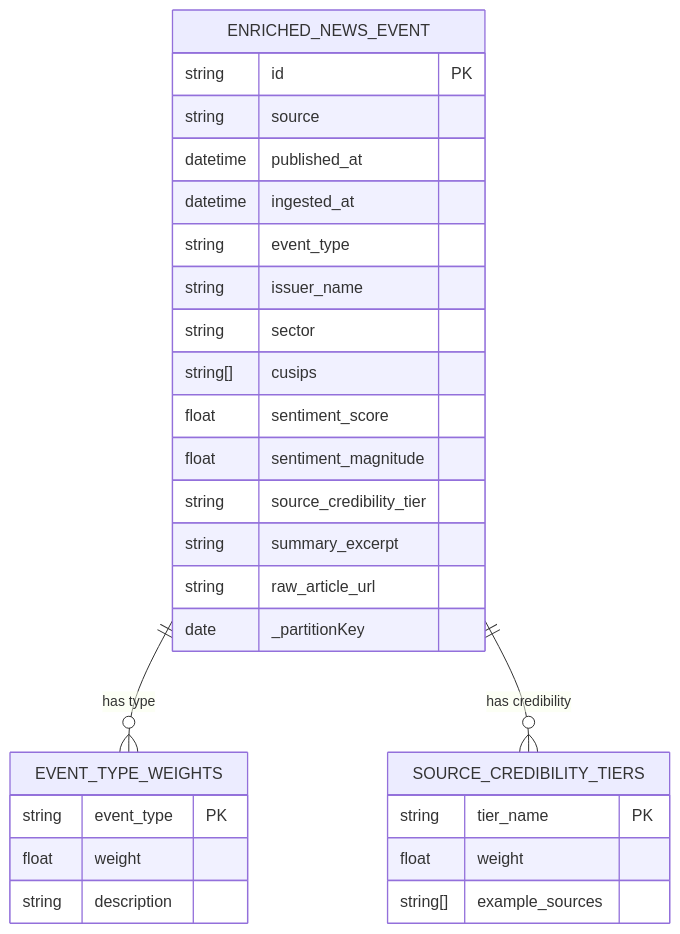
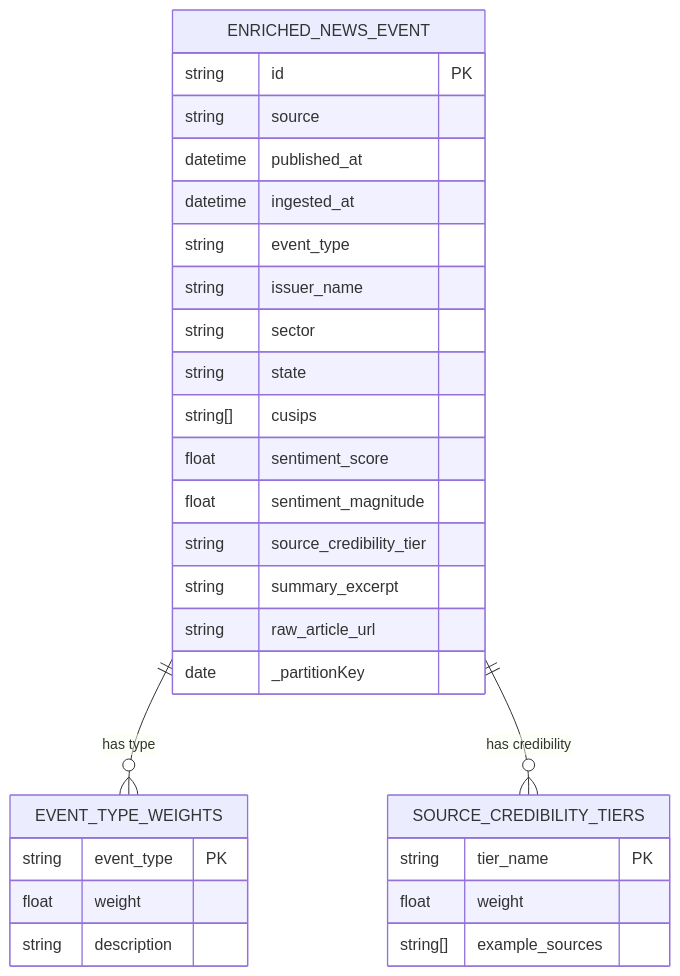
Before and after one commit to vladavilov/playground: the fourth of 6 diagrams in risk-analytics-agent/ai_docs/1_architecture/NewsSentimentService_SystemArchitecture.md, drawn with Mermaid. The commit also changed other lines of this file and 7 other files, not shown here.

Commit message:
Update News Sentiment Service documentation to version 1.2. Revise architecture details, including the integration of GPT-4.1, and enhance component descriptions. Remove outdated C4 DSL and mermaid diagram files for improved clarity and organization.

````diff
--- a/risk-analytics-agent/ai_docs/1_architecture/NewsSentimentService_SystemArchitecture.md
+++ b/risk-analytics-agent/ai_docs/1_architecture/NewsSentimentService_SystemArchitecture.md
@@ -494,34 +271,35 @@
 ```mermaid
 erDiagram
     ENRICHED_NEWS_EVENT {
         string id PK
         string source
         datetime published_at
         datetime ingested_at
         string event_type
         string issuer_name
         string sector
+        string state
         string[] cusips
         float sentiment_score
         float sentiment_magnitude
         string source_credibility_tier
         string summary_excerpt
         string raw_article_url
         date _partitionKey
     }
     
     EVENT_TYPE_WEIGHTS {
         string event_type PK
         float weight
         string description
     }
     
     SOURCE_CREDIBILITY_TIERS {
         string tier_name PK
         float weight
         string[] example_sources
     }
     
     ENRICHED_NEWS_EVENT ||--o{ EVENT_TYPE_WEIGHTS : "has type"
     ENRICHED_NEWS_EVENT ||--o{ SOURCE_CREDIBILITY_TIERS : "has credibility"
 ```
````
